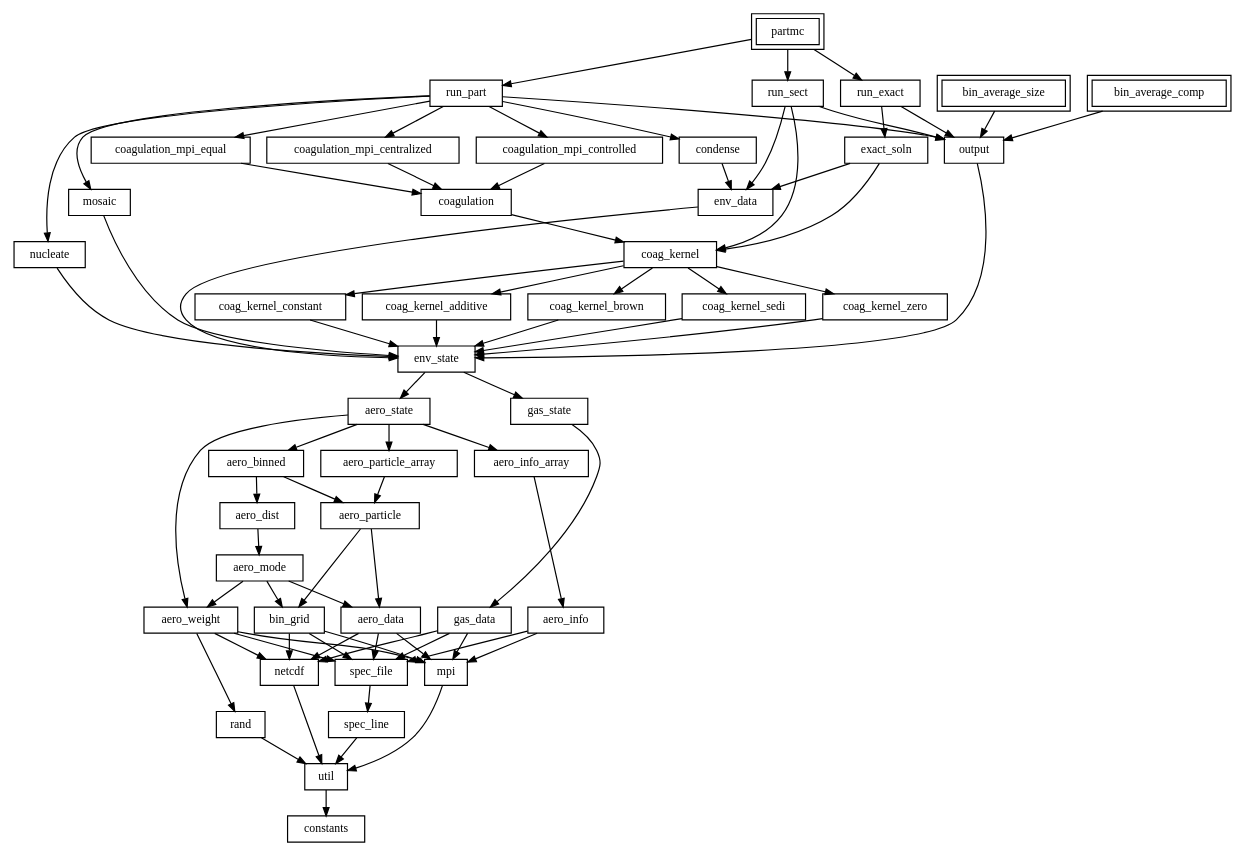
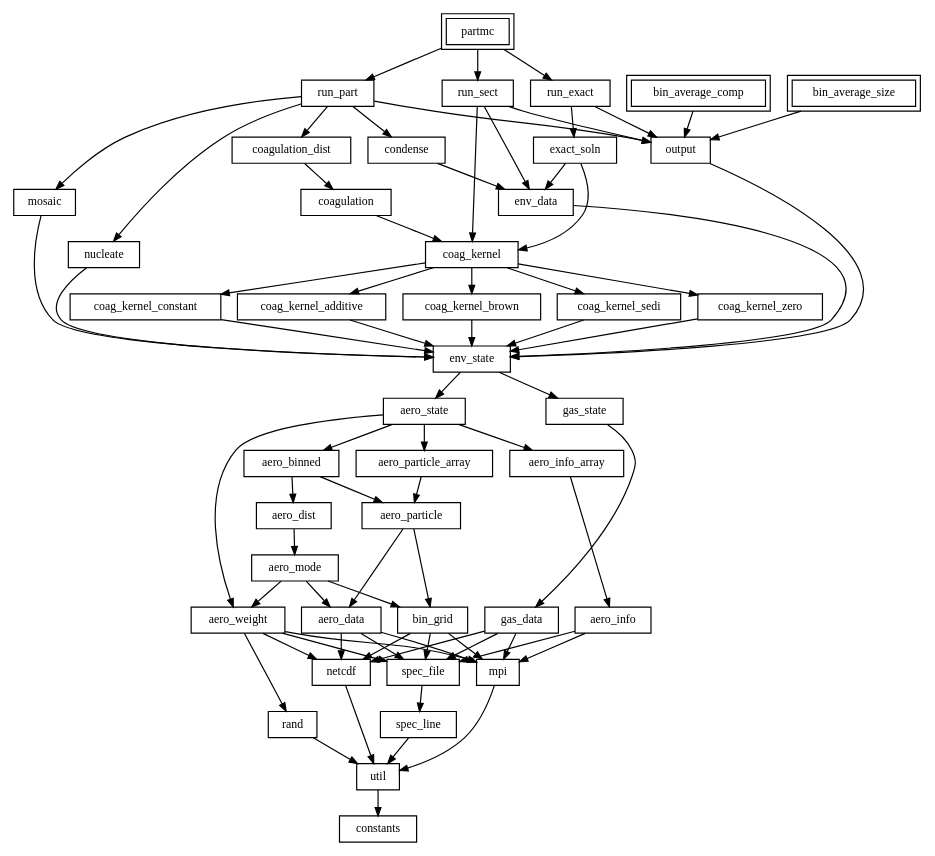
One commit to compdyn/partmc changed the diagram in doc/partmc_modules.gv. Above: the diagram before and after it, drawn with Graphviz. The commit also changed 1 other file, not shown here.

```diff
--- a/doc/partmc_modules.gv
+++ b/doc/partmc_modules.gv
@@ -1,125 +1,119 @@
 digraph partmc_modules {
     rankdir = TB;
     node [fontsize = 10, height = 0.3, width = 0.5];
     graph [nodesep = 0.2, ranksep = 0.3];
     edge [arrowsize = 0.7];
-    node [shape = box, peripheries = 1, href = "\ref coagulation_mpi_controlled.f90"] coagulation_mpi_controlled
     node [shape = box, peripheries = 1, href = "\ref aero_weight.f90"] aero_weight
-    node [shape = box, peripheries = 1, href = "\ref coagulation_mpi_equal.f90"] coagulation_mpi_equal
+    node [shape = box, peripheries = 1, href = "\ref coagulation_dist.f90"] coagulation_dist
+    node [shape = box, peripheries = 1, href = "\ref rand.f90"] rand
     node [shape = box, peripheries = 1, href = "\ref coag_kernel.f90"] coag_kernel
     node [shape = box, peripheries = 1, href = "\ref coag_kernel_zero.f90"] coag_kernel_zero
     node [shape = box, peripheries = 1, href = "\ref coag_kernel_constant.f90"] coag_kernel_constant
     node [shape = box, peripheries = 1, href = "\ref netcdf.f90"] netcdf
     node [shape = box, peripheries = 1, href = "\ref nucleate.f90"] nucleate
     node [shape = box, peripheries = 1, href = "\ref bin_grid.f90"] bin_grid
     node [shape = box, peripheries = 1, href = "\ref aero_dist.f90"] aero_dist
     node [shape = box, peripheries = 1, href = "\ref aero_binned.f90"] aero_binned
     node [shape = box, peripheries = 1, href = "\ref exact_soln.f90"] exact_soln
     node [shape = box, peripheries = 2, href = "\ref partmc.f90"] partmc
     node [shape = box, peripheries = 1, href = "\ref spec_line.f90"] spec_line
     node [shape = box, peripheries = 1, href = "\ref run_sect.f90"] run_sect
     node [shape = box, peripheries = 1, href = "\ref spec_file.f90"] spec_file
     node [shape = box, peripheries = 1, href = "\ref condense.f90"] condense
     node [shape = box, peripheries = 2, href = "\ref bin_average_comp.f90"] bin_average_comp
     node [shape = box, peripheries = 1, href = "\ref mosaic.f90"] mosaic
     node [shape = box, peripheries = 1, href = "\ref coag_kernel_additive.f90"] coag_kernel_additive
-    node [shape = box, peripheries = 1, href = "\ref rand.f90"] rand
+    node [shape = box, peripheries = 1, href = "\ref run_exact.f90"] run_exact
     node [shape = box, peripheries = 1, href = "\ref coag_kernel_brown.f90"] coag_kernel_brown
     node [shape = box, peripheries = 1, href = "\ref gas_state.f90"] gas_state
-    node [shape = box, peripheries = 1, href = "\ref coagulation_mpi_centralized.f90"] coagulation_mpi_centralized
     node [shape = box, peripheries = 1, href = "\ref aero_state.f90"] aero_state
     node [shape = box, peripheries = 1, href = "\ref aero_particle.f90"] aero_particle
     node [shape = box, peripheries = 1, href = "\ref mpi.f90"] mpi
     node [shape = box, peripheries = 1, href = "\ref aero_info_array.f90"] aero_info_array
     node [shape = box, peripheries = 1, href = "\ref env_data.f90"] env_data
     node [shape = box, peripheries = 1, href = "\ref aero_mode.f90"] aero_mode
     node [shape = box, peripheries = 1, href = "\ref gas_data.f90"] gas_data
     node [shape = box, peripheries = 1, href = "\ref aero_data.f90"] aero_data
     node [shape = box, peripheries = 1, href = "\ref constants.f90"] constants
     node [shape = box, peripheries = 2, href = "\ref bin_average_size.f90"] bin_average_size
     node [shape = box, peripheries = 1, href = "\ref run_part.f90"] run_part
     node [shape = box, peripheries = 1, href = "\ref util.f90"] util
     node [shape = box, peripheries = 1, href = "\ref coag_kernel_sedi.f90"] coag_kernel_sedi
     node [shape = box, peripheries = 1, href = "\ref aero_particle_array.f90"] aero_particle_array
     node [shape = box, peripheries = 1, href = "\ref coagulation.f90"] coagulation
     node [shape = box, peripheries = 1, href = "\ref env_state.f90"] env_state
     node [shape = box, peripheries = 1, href = "\ref output.f90"] output
-    node [shape = box, peripheries = 1, href = "\ref run_exact.f90"] run_exact
     node [shape = box, peripheries = 1, href = "\ref aero_info.f90"] aero_info
-    coagulation_mpi_controlled -> coagulation
     aero_weight -> rand
     aero_weight -> spec_file
     aero_weight -> mpi
     aero_weight -> netcdf
-    coagulation_mpi_equal -> coagulation
+    coagulation_dist -> coagulation
+    rand -> util
     coag_kernel -> coag_kernel_zero
     coag_kernel -> coag_kernel_sedi
     coag_kernel -> coag_kernel_constant
     coag_kernel -> coag_kernel_brown
     coag_kernel -> coag_kernel_additive
     coag_kernel_zero -> env_state
     coag_kernel_constant -> env_state
     netcdf -> util
     nucleate -> env_state
     bin_grid -> netcdf
     bin_grid -> spec_file
     bin_grid -> mpi
     aero_dist -> aero_mode
     aero_binned -> aero_particle
     aero_binned -> aero_dist
     exact_soln -> coag_kernel
     exact_soln -> env_data
     partmc -> run_exact
     partmc -> run_part
     partmc -> run_sect
     spec_line -> util
     run_sect -> coag_kernel
     run_sect -> env_data
     run_sect -> output
     spec_file -> spec_line
     condense -> env_data
     bin_average_comp -> output
     mosaic -> env_state
     coag_kernel_additive -> env_state
-    rand -> util
+    run_exact -> output
+    run_exact -> exact_soln
     coag_kernel_brown -> env_state
     gas_state -> gas_data
-    coagulation_mpi_centralized -> coagulation
     aero_state -> aero_weight
     aero_state -> aero_info_array
     aero_state -> aero_particle_array
     aero_state -> aero_binned
     aero_particle -> bin_grid
     aero_particle -> aero_data
     mpi -> util
     aero_info_array -> aero_info
     env_data -> env_state
     aero_mode -> aero_weight
     aero_mode -> bin_grid
     aero_mode -> aero_data
     gas_data -> mpi
     gas_data -> netcdf
     gas_data -> spec_file
     aero_data -> mpi
     aero_data -> netcdf
     aero_data -> spec_file
     bin_average_size -> output
-    run_part -> coagulation_mpi_controlled
-    run_part -> coagulation_mpi_equal
-    run_part -> coagulation_mpi_centralized
+    run_part -> coagulation_dist
     run_part -> nucleate
     run_part -> mosaic
     run_part -> condense
     run_part -> output
     util -> constants
     coag_kernel_sedi -> env_state
     aero_particle_array -> aero_particle
     coagulation -> coag_kernel
     env_state -> gas_state
     env_state -> aero_state
     output -> env_state
-    run_exact -> output
-    run_exact -> exact_soln
     aero_info -> mpi
     aero_info -> spec_file
 }
```
